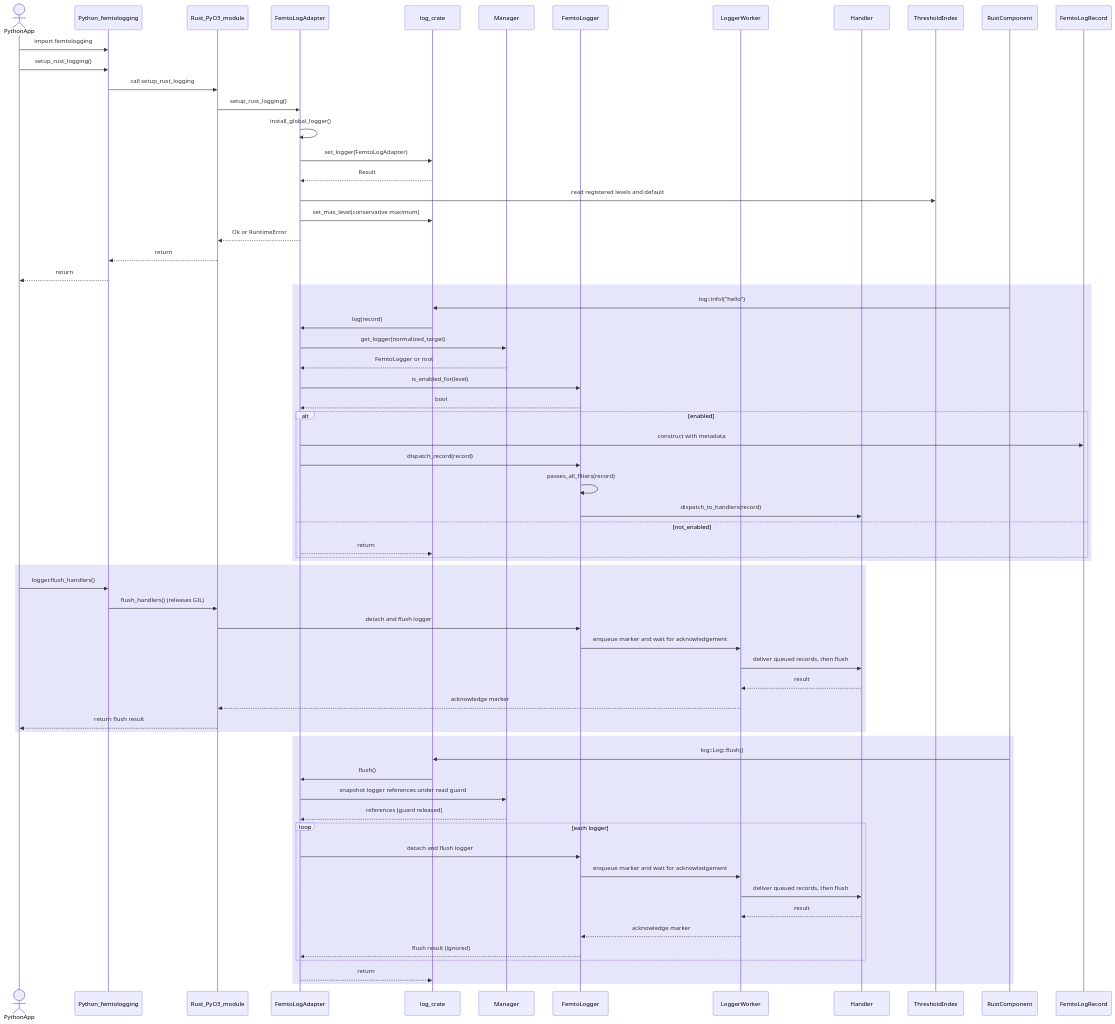
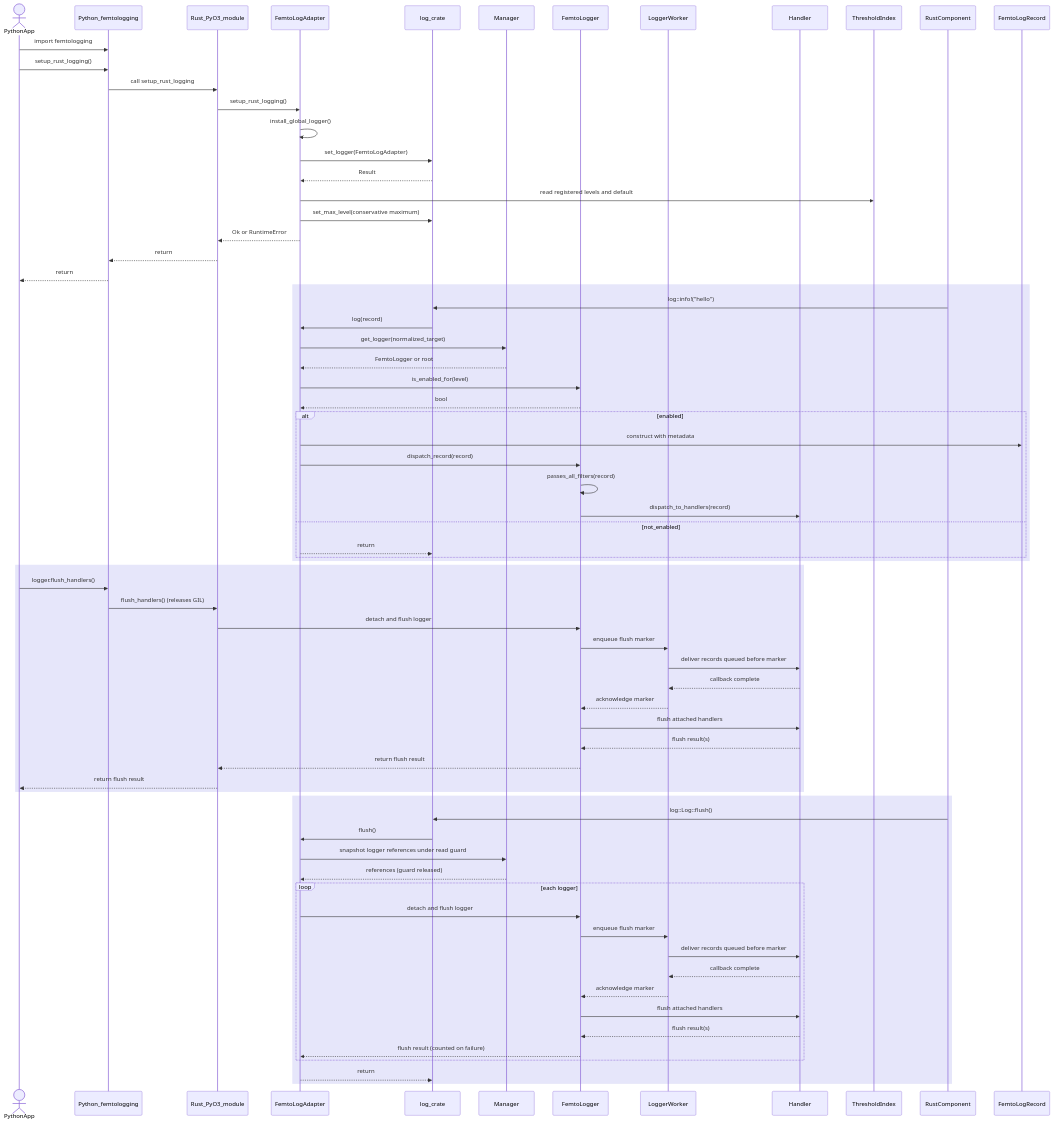
One commit to leynos/femtologging changed the seventh of 8 diagrams in docs/rust-multithreaded-logging-framework-for-python-design.md. Above: the diagram before and after it, drawn with Mermaid. The commit also changed other lines of this file and 2 other files, not shown here.

Commit message:
Document flush result semantics and observability (#451)
The user guide now states how a logger flush reaches native and Python
handlers, that a Python `flush()` returning `None` counts as success,
and that one failing handler does not stop the rest. Its tested example
keeps a record buffered, flushes, and reads the file back, so it proves
the logger flush wrote the record rather than the later `close()`. The
shutdown notes now say to flush ancestor loggers as well.

The design document describes the snapshot-then-flush handler loop, and
the sequence diagrams place the handler flush after the barrier
acknowledgement. The developers guide adds the flush metrics, span, and
rate-limited warnings, and states that none of them carry record
payloads or logger names.

````diff
--- a/docs/rust-multithreaded-logging-framework-for-python-design.md
+++ b/docs/rust-multithreaded-logging-framework-for-python-design.md
@@ -1397,70 +1403,75 @@
 ```mermaid
 sequenceDiagram
     actor PythonApp
     participant PythonFemtoLogging as Python_femtologging
     participant PyO3Bridge as Rust_PyO3_module
     participant FemtoLogCompat as FemtoLogAdapter
     participant RustLog as log_crate
     participant Manager as Manager
     participant FemtoLogger
     participant LoggerWorker
     participant Handler
 
     PythonApp->>PythonFemtoLogging: import femtologging
     PythonApp->>PythonFemtoLogging: setup_rust_logging()
     PythonFemtoLogging->>PyO3Bridge: call setup_rust_logging
     PyO3Bridge->>FemtoLogCompat: setup_rust_logging()
     FemtoLogCompat->>FemtoLogCompat: install_global_logger()
     FemtoLogCompat->>RustLog: set_logger(FemtoLogAdapter)
     RustLog-->>FemtoLogCompat: Result
     FemtoLogCompat->>ThresholdIndex: read registered levels and default
     FemtoLogCompat->>RustLog: set_max_level(conservative maximum)
     FemtoLogCompat-->>PyO3Bridge: Ok or RuntimeError
     PyO3Bridge-->>PythonFemtoLogging: return
     PythonFemtoLogging-->>PythonApp: return
 
     rect rgb(230,230,250)
         participant RustComponent
         RustComponent->>RustLog: log::info!("hello")
         RustLog->>FemtoLogCompat: log(record)
         FemtoLogCompat->>Manager: get_logger(normalized_target)
         Manager-->>FemtoLogCompat: FemtoLogger or root
         FemtoLogCompat->>FemtoLogger: is_enabled_for(level)
         FemtoLogger-->>FemtoLogCompat: bool
         alt enabled
             FemtoLogCompat->>FemtoLogRecord: construct with metadata
             FemtoLogCompat->>FemtoLogger: dispatch_record(record)
             FemtoLogger->>FemtoLogger: passes_all_filters(record)
             FemtoLogger->>Handler: dispatch_to_handlers(record)
         else not_enabled
             FemtoLogCompat-->>RustLog: return
         end
     end
 
     rect rgb(230,230,250)
         PythonApp->>PythonFemtoLogging: logger.flush_handlers()
         PythonFemtoLogging->>PyO3Bridge: flush_handlers() (releases GIL)
         PyO3Bridge->>FemtoLogger: detach and flush logger
-        FemtoLogger->>LoggerWorker: enqueue marker and wait for acknowledgement
-        LoggerWorker->>Handler: deliver queued records, then flush
-        Handler-->>LoggerWorker: result
-        LoggerWorker-->>PyO3Bridge: acknowledge marker
+        FemtoLogger->>LoggerWorker: enqueue flush marker
+        LoggerWorker->>Handler: deliver records queued before marker
+        Handler-->>LoggerWorker: callback complete
+        LoggerWorker-->>FemtoLogger: acknowledge marker
+        FemtoLogger->>Handler: flush attached handlers
+        Handler-->>FemtoLogger: flush result(s)
+        FemtoLogger-->>PyO3Bridge: return flush result
         PyO3Bridge-->>PythonApp: return flush result
     end
 
     rect rgb(230,230,250)
         RustComponent->>RustLog: log::Log::flush()
         RustLog->>FemtoLogCompat: flush()
         FemtoLogCompat->>Manager: snapshot logger references under read guard
         Manager-->>FemtoLogCompat: references (guard released)
         loop each logger
             FemtoLogCompat->>FemtoLogger: detach and flush logger
-            FemtoLogger->>LoggerWorker: enqueue marker and wait for acknowledgement
-            LoggerWorker->>Handler: deliver queued records, then flush
-            Handler-->>LoggerWorker: result
+            FemtoLogger->>LoggerWorker: enqueue flush marker
+            LoggerWorker->>Handler: deliver records queued before marker
+            Handler-->>LoggerWorker: callback complete
             LoggerWorker-->>FemtoLogger: acknowledge marker
-            FemtoLogger-->>FemtoLogCompat: flush result (ignored)
+            FemtoLogger->>Handler: flush attached handlers
+            Handler-->>FemtoLogger: flush result(s)
+            FemtoLogger-->>FemtoLogCompat: flush result (counted on failure)
         end
         FemtoLogCompat-->>RustLog: return
     end
 ```
````
